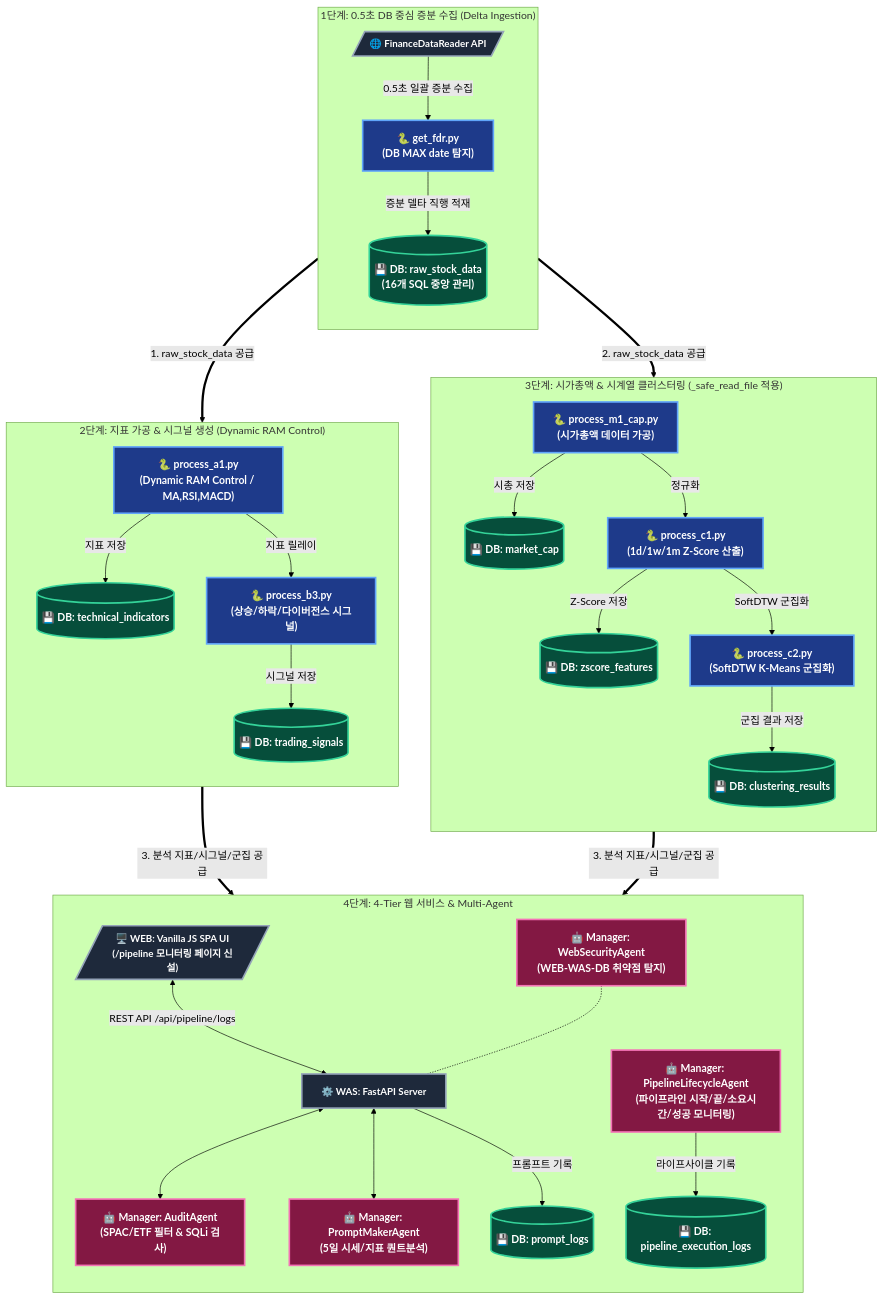
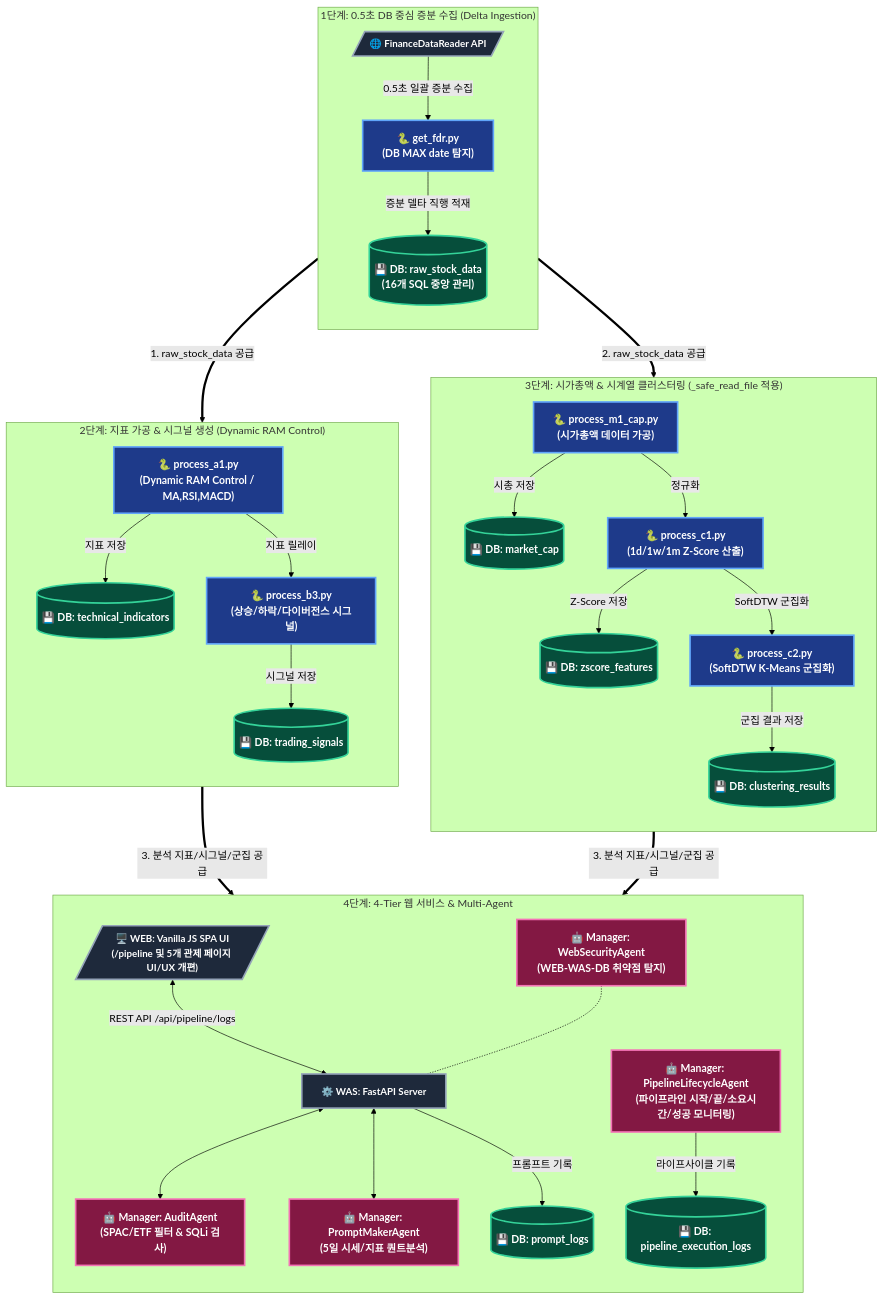
The first of 2 diagrams in README.md (hugingstar/ggeolmu), drawn with Mermaid (forest theme) before and after one commit. The commit also changed other lines of this file and 9 other files, not shown here.

````diff
--- a/README.md
+++ b/README.md
@@ -14,56 +14,56 @@
 ```mermaid
 flowchart TD
     %% 수직 순차 흐름 및 큼직한 폰트(16px, bold) 스타일 정의
     classDef pythonEngine fill:#1e3a8a,stroke:#60a5fa,stroke-width:2.5px,color:#ffffff,font-size:16px,font-weight:bold;
     classDef dbStorage fill:#064e3b,stroke:#34d399,stroke-width:2.5px,color:#ffffff,font-size:16px,font-weight:bold;
     classDef agentManager fill:#831843,stroke:#f472b6,stroke-width:2.5px,color:#ffffff,font-size:16px,font-weight:bold;
     classDef webServer fill:#1e293b,stroke:#94a3b8,stroke-width:2.5px,color:#ffffff,font-size:15px,font-weight:bold;
 
     %% 1단계: DB 중심 초고속 증분 수집 및 DB 직행 적재
     subgraph Step1 ["1단계: 0.5초 DB 중심 증분 수집 (Delta Ingestion)"]
         direction TB
         FDR[/"🌐 FinanceDataReader API"/] -->|0.5초 일괄 증분 수집| GetFDR["🐍 get_fdr.py<br>(DB MAX date 탐지)"]
         GetFDR -->|증분 델타 직행 적재| DB_Raw[("💾 DB: raw_stock_data<br>(16개 SQL 중앙 관리)")]
     end
 
     %% 2단계: 기술적 지표 및 시그널 연산
     subgraph Step2 ["2단계: 지표 가공 & 시그널 생성 (Dynamic RAM Control)"]
         direction TB
         ProcessA1["🐍 process_a1.py<br>(Dynamic RAM Control / MA,RSI,MACD)"] -->|지표 저장| DB_Tech[("💾 DB: technical_indicators")]
         ProcessA1 -->|지표 릴레이| ProcessB3["🐍 process_b3.py<br>(상승/하락/다이버전스 시그널)"]
         ProcessB3 -->|시그널 저장| DB_Signal[("💾 DB: trading_signals")]
     end
 
     %% 3단계: 시계열 클러스터링
     subgraph Step3 ["3단계: 시가총액 & 시계열 클러스터링 (_safe_read_file 적용)"]
         direction TB
         ProcessM1["🐍 process_m1_cap.py<br>(시가총액 데이터 가공)"] -->|시총 저장| DB_Cap[("💾 DB: market_cap")]
         ProcessM1 -->|정규화| ProcessC1["🐍 process_c1.py<br>(1d/1w/1m Z-Score 산출)"]
         ProcessC1 -->|Z-Score 저장| DB_ZScore[("💾 DB: zscore_features")]
         ProcessC1 -->|SoftDTW 군집화| ProcessC2["🐍 process_c2.py<br>(SoftDTW K-Means 군집화)"]
         ProcessC2 -->|군집 결과 저장| DB_Cluster[("💾 DB: clustering_results")]
     end
 
     %% 4단계: 4-Tier 웹 서비스 & 멀티 에이전트
     subgraph Step4 ["4단계: 4-Tier 웹 서비스 & Multi-Agent"]
         direction TB
-        UI[/"🖥️ WEB: Vanilla JS SPA UI<br>(/pipeline 모니터링 페이지 신설)"/] <-->|REST API /api/pipeline/logs| WAS["⚙️ WAS: FastAPI Server"]
+        UI[/"🖥️ WEB: Vanilla JS SPA UI<br>(/pipeline 및 5개 관제 페이지 UI/UX 개편)"/] <-->|REST API /api/pipeline/logs| WAS["⚙️ WAS: FastAPI Server"]
         WAS <--> Audit["🤖 Manager: AuditAgent<br>(SPAC/ETF 필터 & SQLi 검사)"]
         WAS <--> PromptAgent["🤖 Manager: PromptMakerAgent<br>(5일 시세/지표 퀀트분석)"]
         WAS -->|프롬프트 기록| DB_Logs[("💾 DB: prompt_logs")]
         
         PipeAgent["🤖 Manager: PipelineLifecycleAgent<br>(파이프라인 시작/끝/소요시간/성공 모니터링)"] -->|라이프사이클 기록| DB_PipeLogs[("💾 DB: pipeline_execution_logs")]
         SecAgent["🤖 Manager: WebSecurityAgent<br>(WEB-WAS-DB 취약점 탐지)"] -.- WAS
     end
 
     %% [위에서 아래로 이어지는 수직 메인 데이터 흐름선]
     Step1 ==>|1. raw_stock_data 공급| Step2
     Step1 ==>|2. raw_stock_data 공급| Step3
     Step2 & Step3 ==>|3. 분석 지표/시그널/군집 공급| Step4
 
     %% 노드 스타일 지정 (.py: 파란색, DB: 녹색, 에이전트: 핑크, Web/WAS: 슬레이트)
     class GetFDR,ProcessA1,ProcessB3,ProcessM1,ProcessC1,ProcessC2 pythonEngine;
     class DB_Raw,DB_Tech,DB_Signal,DB_Cap,DB_ZScore,DB_Cluster,DB_Logs,DB_PipeLogs dbStorage;
     class Audit,PromptAgent,PipeAgent,SecAgent agentManager;
     class UI,WAS,FDR webServer;
 ```
````
